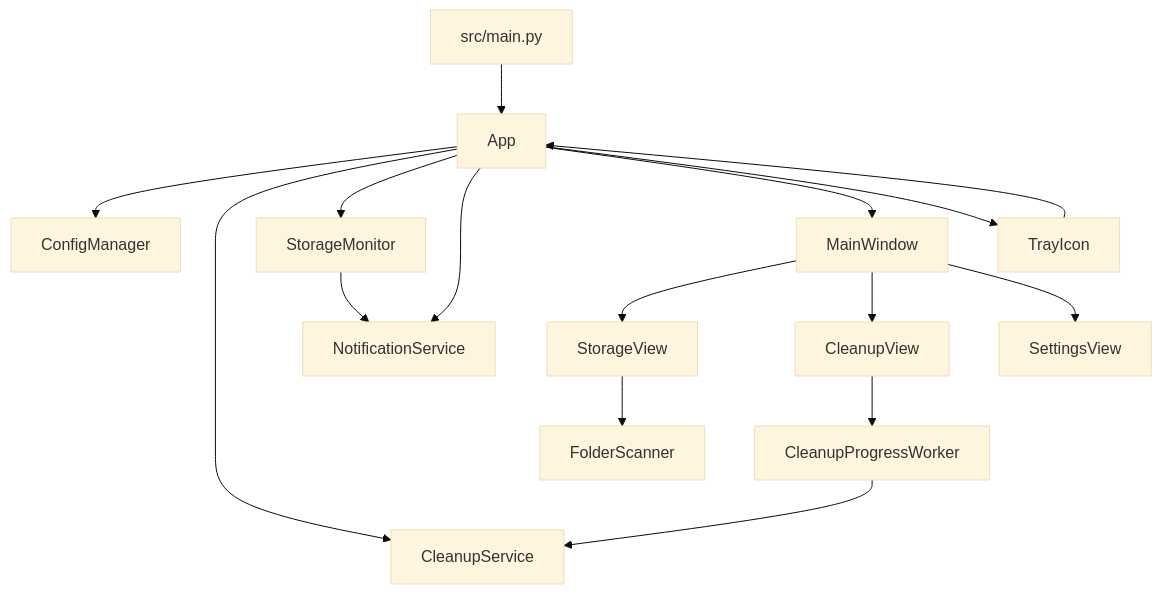
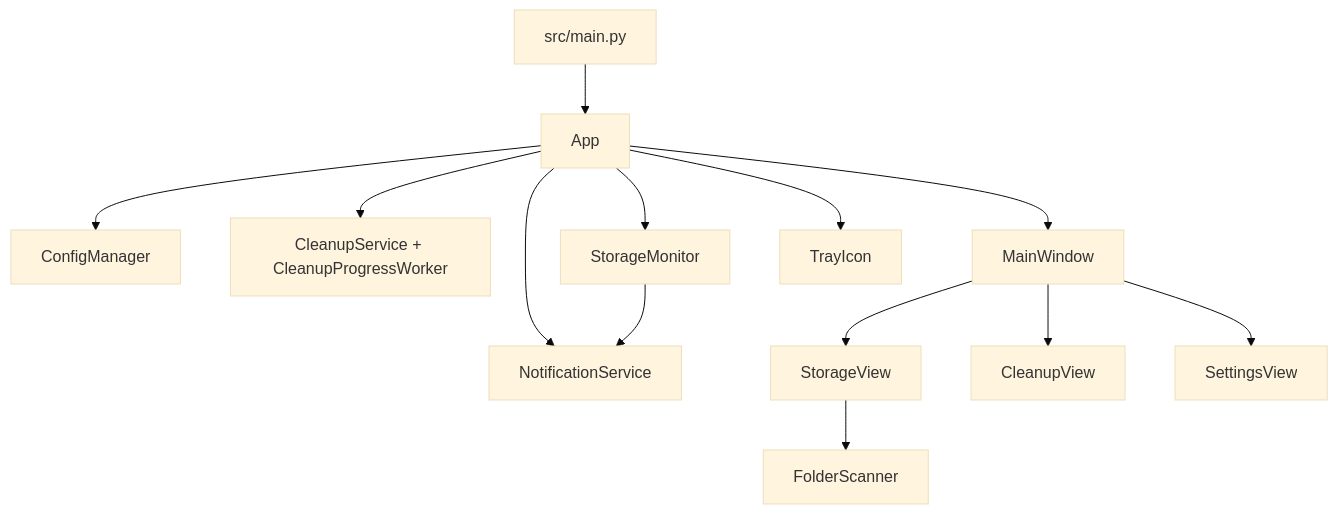
The diagram in ARCHITECTURE.md (nguyenngocbinhbusiness-ui/cleanbox), drawn with Mermaid (base theme) before and after one commit. The commit also changed other lines of this file and 10 other files, not shown here.

````diff
--- a/ARCHITECTURE.md
+++ b/ARCHITECTURE.md
@@ -7,18 +7,15 @@
 ```mermaid
 flowchart TD
     A["src/main.py"] --> B["App"]
     B --> C["ConfigManager"]
-    B --> D["CleanupService"]
+    B --> D["CleanupService + CleanupProgressWorker"]
     B --> E["StorageMonitor"]
     B --> F["NotificationService"]
     B --> G["MainWindow"]
     B --> H["TrayIcon"]
     G --> I["StorageView"]
     G --> J["CleanupView"]
     G --> K["SettingsView"]
     I --> L["FolderScanner"]
-    J --> M["CleanupProgressWorker"]
-    M --> D
     E --> F
-    H --> B
 ```
````
